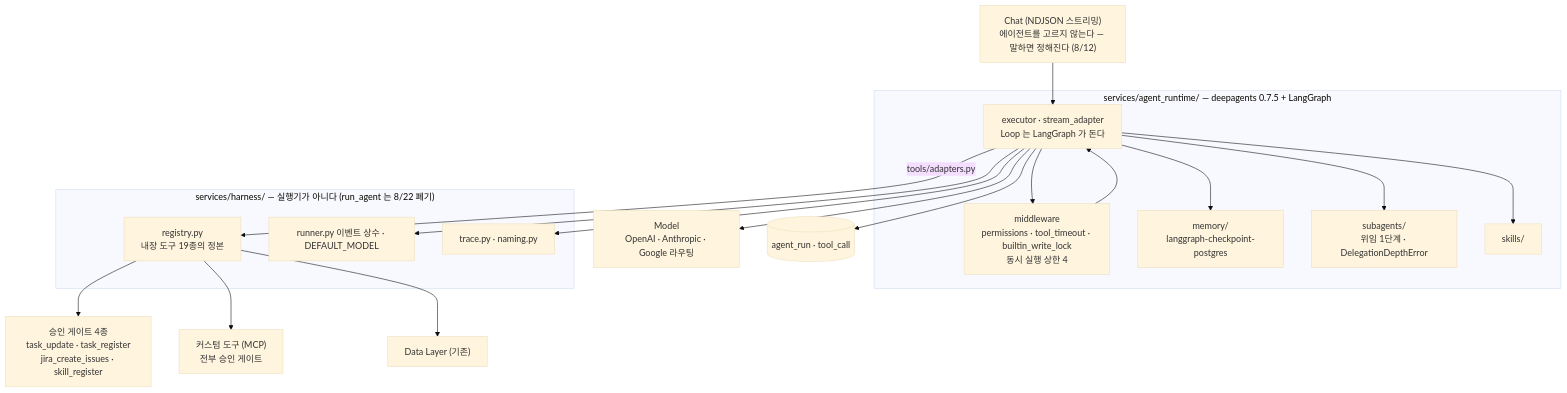
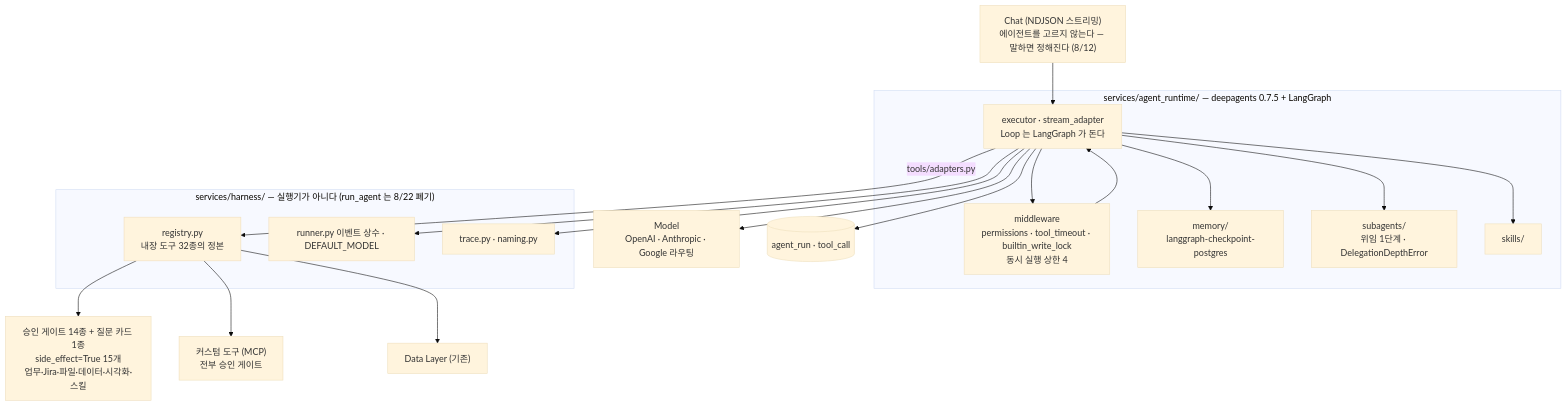
The sixth of 8 diagrams in docs/설계 및 구현/3_중간발표 이후/설계/6_시각화.md (SKNETWORKS-FAMILY-AICAMP/SKN29-FINAL-2TEAM), drawn with Mermaid (base theme) before and after one commit. The commit also changed 12 other files, not shown here.

````diff
--- a/docs/설계 및 구현/3_중간발표 이후/설계/6_시각화.md
+++ b/docs/설계 및 구현/3_중간발표 이후/설계/6_시각화.md
@@ -126,32 +126,32 @@
 ```mermaid
 flowchart TD
     chat["Chat (NDJSON 스트리밍)<br/>에이전트를 고르지 않는다 — 말하면 정해진다 (8/12)"] --> exec
 
     subgraph rt["services/agent_runtime/ — deepagents 0.7.5 + LangGraph"]
         exec["executor · stream_adapter<br/>Loop 는 LangGraph 가 돈다"]
         mw["middleware<br/>permissions · tool_timeout · builtin_write_lock<br/>동시 실행 상한 4"]
         mem["memory/<br/>langgraph-checkpoint-postgres"]
         sub["subagents/<br/>위임 1단계 · DelegationDepthError"]
         skill["skills/"]
     end
 
     subgraph hn["services/harness/ — 실행기가 아니다 (run_agent 는 8/22 폐기)"]
-        reg["registry.py<br/>내장 도구 19종의 정본"]
+        reg["registry.py<br/>내장 도구 32종의 정본"]
         cst["runner.py 이벤트 상수 · DEFAULT_MODEL"]
         tr["trace.py · naming.py"]
     end
 
     exec --> mw --> exec
     exec --> mem
     exec --> sub
     exec --> skill
     exec -->|"tools/adapters.py"| reg
     exec --> cst
     exec --> tr
 
-    reg --> gate["승인 게이트 4종<br/>task_update · task_register<br/>jira_create_issues · skill_register"]
+    reg --> gate["승인 게이트 14종 + 질문 카드 1종<br/>side_effect=True 15개<br/>업무·Jira·파일·데이터·시각화·스킬"]
     reg --> mcpc["커스텀 도구 (MCP)<br/>전부 승인 게이트"]
     reg --> data["Data Layer (기존)"]
     exec --> model["Model<br/>OpenAI · Anthropic · Google 라우팅"]
     exec --> log[("agent_run · tool_call")]
 ```
````
